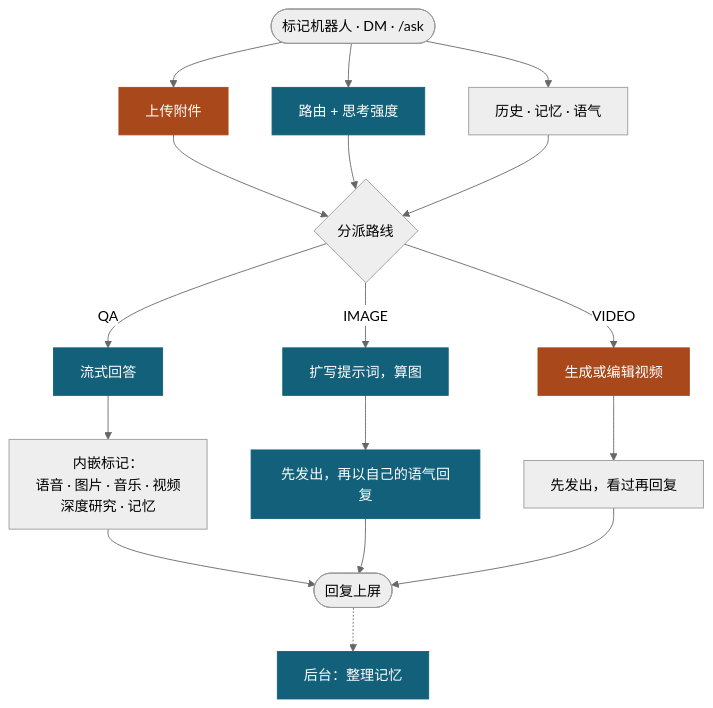
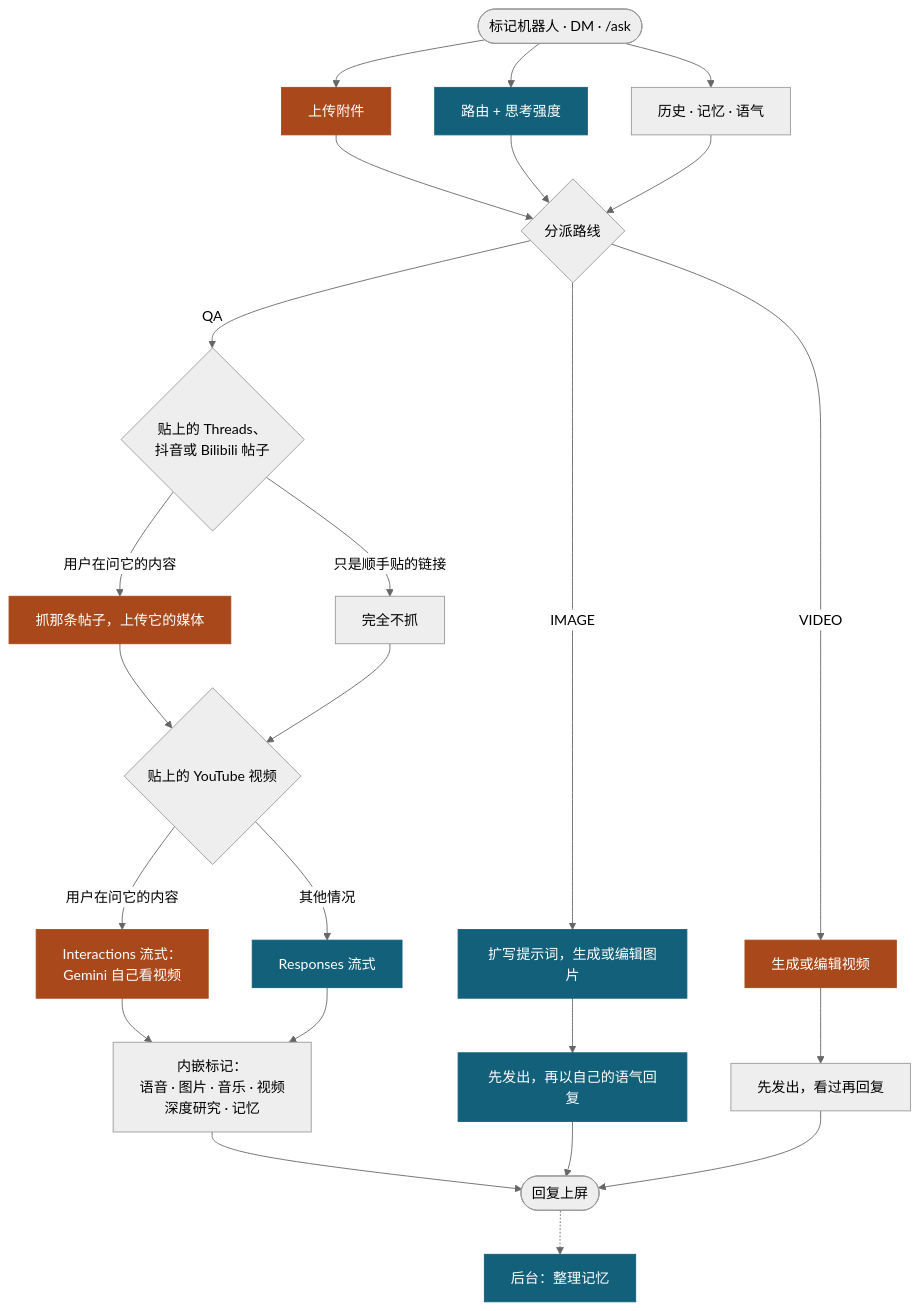
One commit to Mai0313/discordbot changed the diagram in README.zh-CN.md. Above: the diagram before and after it, drawn with Mermaid (neutral theme). The commit also changed other lines of this file and 2 other files, not shown here.

Commit message:
docs: draw the linked-post and YouTube branches in the README flowchart

````diff
--- a/README.zh-CN.md
+++ b/README.zh-CN.md
@@ -43,27 +43,33 @@
 ```mermaid
 flowchart TD
     U(["标记机器人 · DM · /ask"]) --> UP & RT & CX
 
     UP["上传附件"]
     RT["路由 + 思考强度"]
     CX["历史 · 记忆 · 语气"]
 
     UP & RT & CX --> R{"分派路线"}
 
-    R -->|QA| Q1["流式回答"]
-    Q1 --> Q2["内嵌标记：<br/>语音 · 图片 · 音乐 · 视频<br/>深度研究 · 记忆"]
-    R -->|IMAGE| I1["扩写提示词，算图"]
+    R -->|QA| L{"贴上的 Threads、<br/>抖音或 Bilibili 帖子"}
+    L -->|"用户在问它的内容"| LF["抓那条帖子，上传它的媒体"]
+    L -->|"只是顺手贴的链接"| LS["完全不抓"]
+    LF & LS --> Y{"贴上的 YouTube 视频"}
+    Y -->|"用户在问它的内容"| YT["Interactions 流式：<br/>Gemini 自己看视频"]
+    Y -->|"其他情况"| QS["Responses 流式"]
+    YT & QS --> Q2["内嵌标记：<br/>语音 · 图片 · 音乐 · 视频<br/>深度研究 · 记忆"]
+
+    R -->|IMAGE| I1["扩写提示词，生成或编辑图片"]
     I1 --> I2["先发出，再以自己的语气回复"]
     R -->|VIDEO| V1["生成或编辑视频"]
     V1 --> V2["先发出，看过再回复"]
 
     Q2 --> OUT(["回复上屏"])
     I2 --> OUT
     V2 --> OUT
     OUT -.-> MM["后台：整理记忆"]
 
     classDef proxy fill:#12607a,stroke:#12607a,color:#ffffff
     classDef direct fill:#a8481b,stroke:#a8481b,color:#ffffff
-    class RT,Q1,I1,I2,MM proxy
-    class UP,V1 direct
+    class RT,QS,I1,I2,MM proxy
+    class UP,LF,YT,V1 direct
 ```
````
